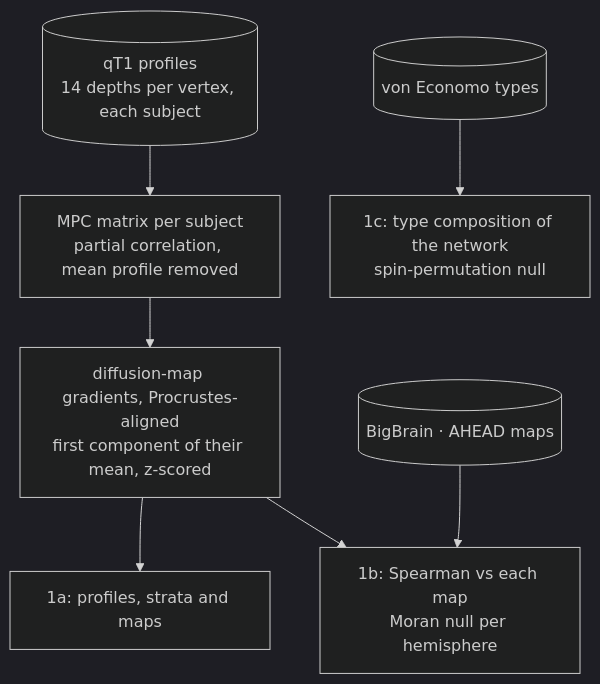
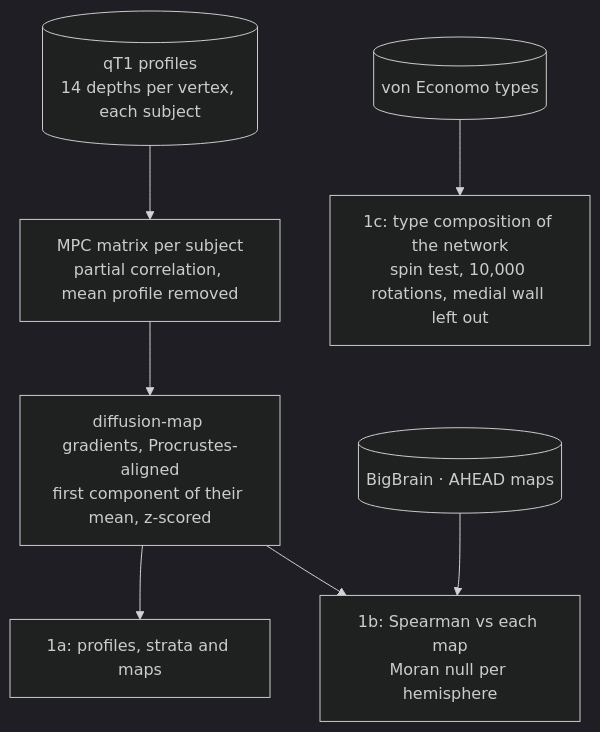
The fifth of 7 diagrams in docs/architecture.md (PaulBautin/salience-network-multiscale-switch), drawn with Mermaid (dark theme) before and after one commit. The commit also changed other lines of this file and 122 other files, not shown here.

Commit message:
every figure is updated, the docs are updated

````diff
--- a/docs/architecture.md
+++ b/docs/architecture.md
@@ -143,16 +153,16 @@
 ```mermaid
 flowchart TD
     profiles[("qT1 profiles<br/>14 depths per vertex, each subject")]
     mpc["MPC matrix per subject<br/>partial correlation, mean profile removed"]
     gradient["diffusion-map gradients, Procrustes-aligned<br/>first component of their mean, z-scored"]
     panels1a["1a: profiles, strata and maps"]
     histology[("BigBrain · AHEAD maps")]
     test1b["1b: Spearman vs each map<br/>Moran null per hemisphere"]
     types[("von Economo types")]
-    test1c["1c: type composition of the network<br/>spin-permutation null"]
+    test1c["1c: type composition of the network<br/>spin test, 10,000 rotations, medial wall left out"]
     profiles --> mpc --> gradient
     gradient --> panels1a
     gradient --> test1b
     histology --> test1b
     types --> test1c
 ```
````
